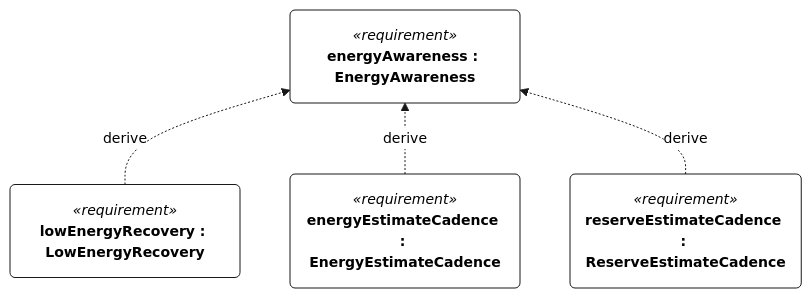
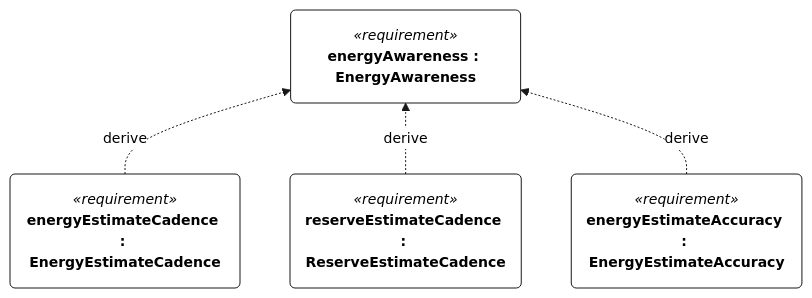
Before and after one commit to DavidIngraham/sv-blue-dog: the first of 2 diagrams in docs/figures/requirements-e-001.md, drawn with Mermaid. The commit also changed other lines of this file and 130 other files, not shown here.

````diff
--- a/docs/figures/requirements-e-001.md
+++ b/docs/figures/requirements-e-001.md
@@ -23,43 +21,43 @@
 ```mermaid
 ---
 config:
   fontFamily: "Helvetica, Arial, sans-serif"
   theme: base
   themeCSS: ".edgeLabel rect { opacity: 1 !important; } .cluster-label .nodeLabel { text-align: center; }"
   themeVariables:
     fontFamily: "Helvetica, Arial, sans-serif"
     fontSize: "14px"
     primaryColor: "#FFFFFF"
     secondaryColor: "#FFFFFF"
     tertiaryColor: "#FFFFFF"
     background: "#FFFFFF"
     primaryBorderColor: "#181818"
     primaryTextColor: "#000000"
     lineColor: "#181818"
     textColor: "#000000"
     noteBkgColor: "#FEFFDD"
     noteBorderColor: "#181818"
     noteTextColor: "#000000"
     clusterBkg: "#FFFFFF"
     clusterBorder: "#181818"
     edgeLabelBackground: "#FFFFFF"
 ---
 %% BlueDogViews::energyAwareness1 — requirement rendering (view def GeneralView, filter @RequirementUsage)
-%% not represented: 149 node(s) without a position, left undrawn, and 235 edge(s) at them
+%% not represented: 10 node(s) without a position, left undrawn, and 18 edge(s) at them
 %% layout: n0 x=0 y=0
 %% layout: n1 x=0 y=200
 %% layout: n2 x=300 y=200
 %% layout: n3 x=600 y=200
 flowchart BT
   n0("`*«requirement»*
 **energyAwareness : EnergyAwareness**`")
   n1("`*«requirement»*
-**lowEnergyRecovery : LowEnergyRecovery**`")
+**energyEstimateCadence : EnergyEstimateCadence**`")
   n2("`*«requirement»*
-**energyEstimateCadence : EnergyEstimateCadence**`")
+**reserveEstimateCadence : ReserveEstimateCadence**`")
   n3("`*«requirement»*
-**reserveEstimateCadence : ReserveEstimateCadence**`")
+**energyEstimateAccuracy : EnergyEstimateAccuracy**`")
   n1 -.->|"derive"| n0
   n2 -.->|"derive"| n0
   n3 -.->|"derive"| n0
 ```
````
